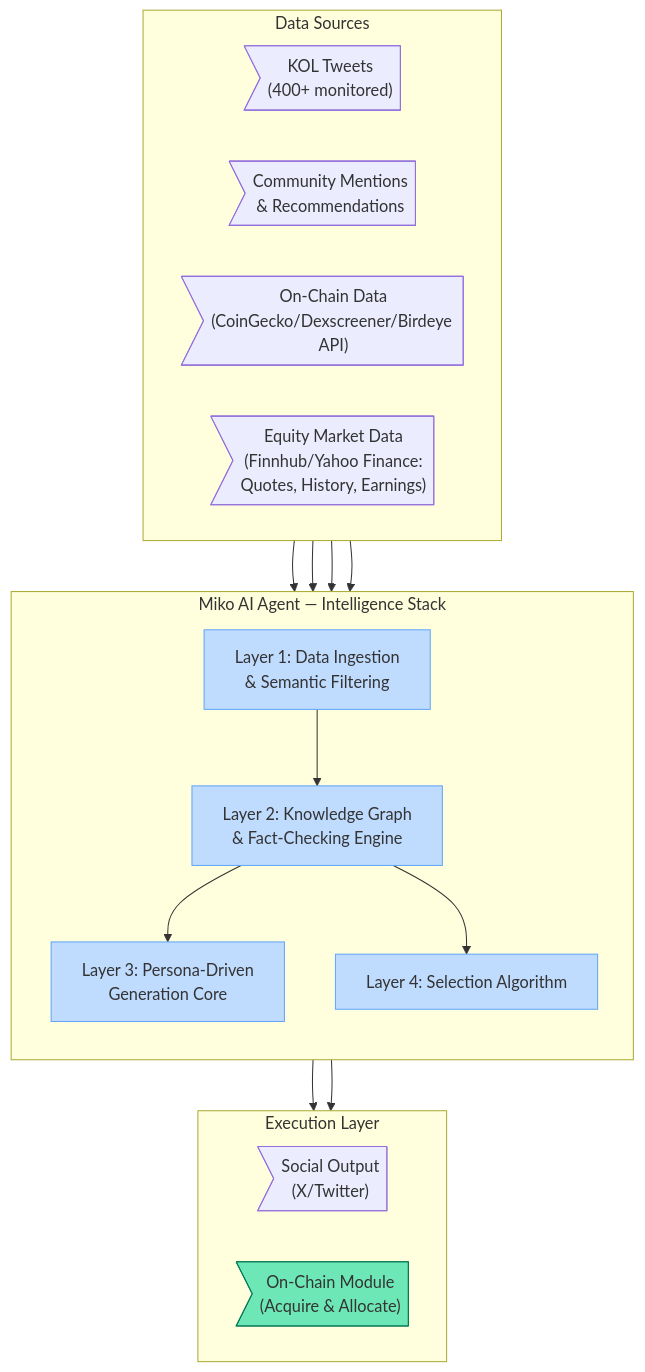
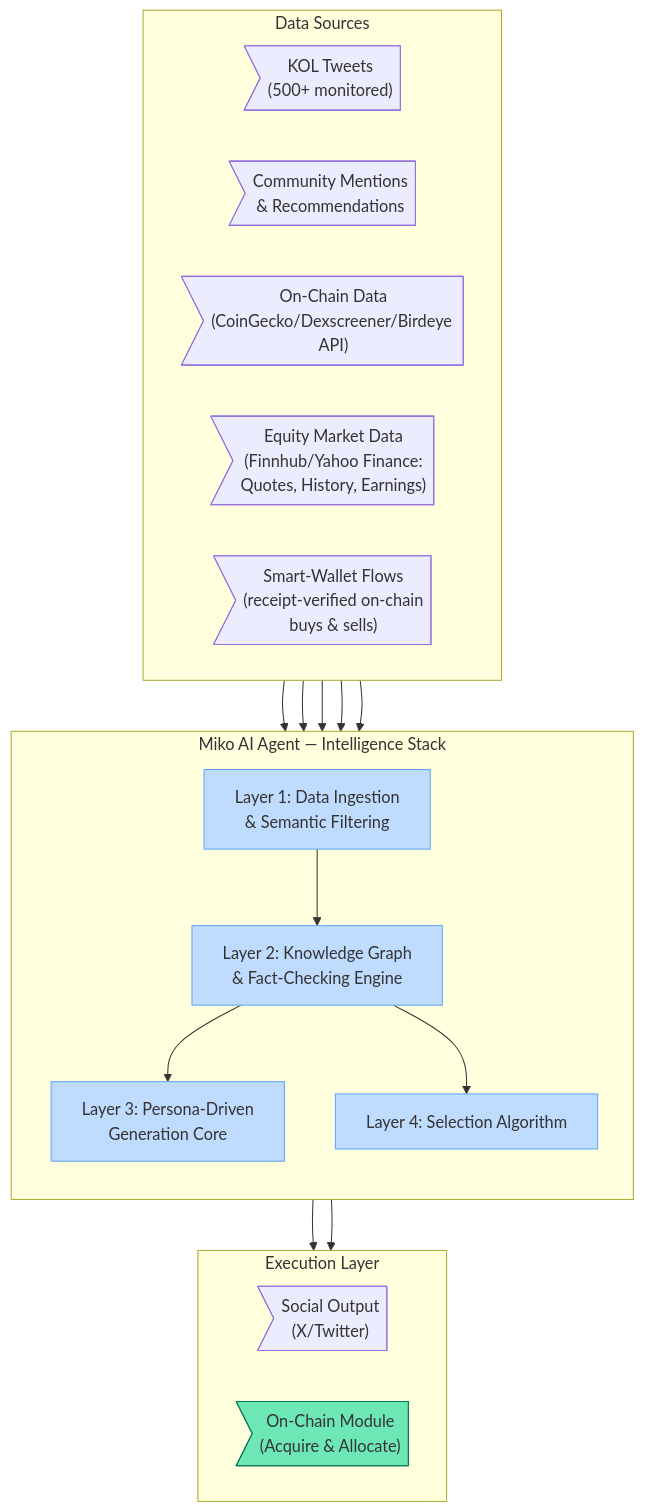
Before and after one commit to Miko-Protocol/docs: the first of 7 diagrams in docs/technical-architecture/ai-architecture.md, drawn with Mermaid. The commit also changed other lines of this file and 8 other files, not shown here.

````diff
--- a/docs/technical-architecture/ai-architecture.md
+++ b/docs/technical-architecture/ai-architecture.md
@@ -11,36 +11,38 @@
 ```mermaid
 graph TD
     subgraph D["Data Sources"]
         direction LR
-        DS1>"KOL Tweets<br/>(400+ monitored)"]
+        DS1>"KOL Tweets<br/>(500+ monitored)"]
         DS2>"Community Mentions<br/>& Recommendations"]
         DS3>"On-Chain Data<br/>(CoinGecko/Dexscreener/Birdeye API)"]
         DS4>"Equity Market Data<br/>(Finnhub/Yahoo Finance:<br/>Quotes, History, Earnings)"]
+        DS5>"Smart-Wallet Flows<br/>(receipt-verified on-chain<br/>buys & sells)"]
     end
     subgraph M["Miko AI Agent — Intelligence Stack"]
         direction TB
         L1["Layer 1: Data Ingestion<br/>& Semantic Filtering"]
         L2["Layer 2: Knowledge Graph<br/>& Fact-Checking Engine"]
         L3["Layer 3: Persona-Driven<br/>Generation Core"]
         L4["Layer 4: Selection Algorithm"]
         L1 --> L2
         L2 --> L3
         L2 --> L4
     end
     subgraph X["Execution Layer"]
         direction LR
         X1>"Social Output<br/>(X/Twitter)"]
         X2>"On-Chain Module<br/>(Acquire & Allocate)"]
     end
     DS1 --> L1
     DS2 --> L1
     DS3 --> L1
     DS4 --> L1
+    DS5 --> L1
     L3 --> X1
     L4 --> X2
     style L1 fill:#bfdbfe,stroke:#60a5fa
     style L2 fill:#bfdbfe,stroke:#60a5fa
     style L3 fill:#bfdbfe,stroke:#60a5fa
     style L4 fill:#bfdbfe,stroke:#60a5fa
     style X2 fill:#6ee7b7,stroke:#047857
 ```
````
